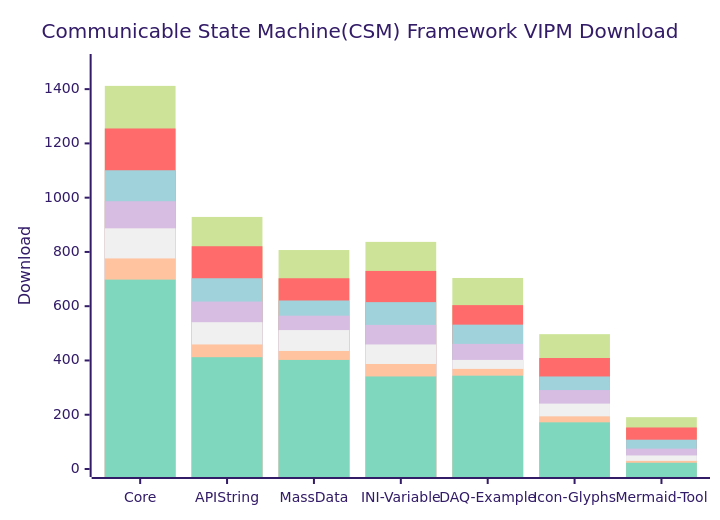
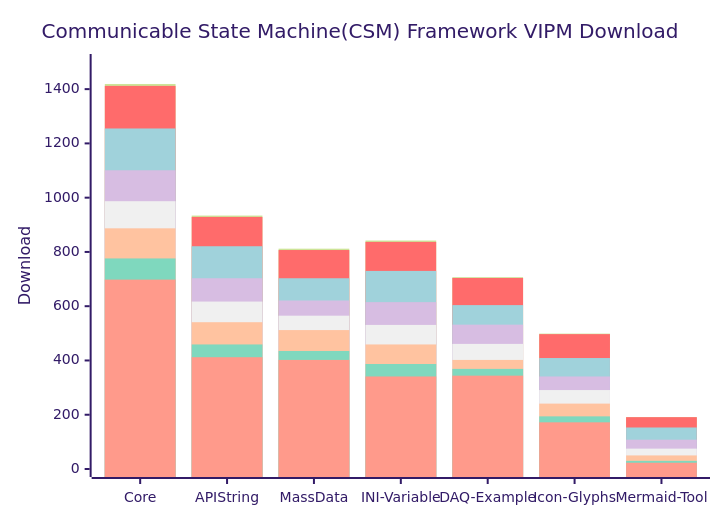
One commit to NEVSTOP-LAB/.github changed the diagram in profile/README.md. Above: the diagram before and after it, drawn with Mermaid (forest theme).

````diff
--- a/profile/README.md
+++ b/profile/README.md
@@ -31,13 +31,14 @@
 ```mermaid
     xychart-beta
     title "Communicable State Machine(CSM) Framework VIPM Download"
     x-axis [Core, API String, MassData, INI-Variable, DAQ-Example, Icon-Glyphs, Mermaid-Tool]
     y-axis "Download" 0 --> 1500
+    bar   [1419, 934, 812, 842, 707, 499, 191]
     bar   [1412, 929, 807, 837, 704, 497, 191]
     bar   [1255, 821, 703, 730, 604, 409, 153]
     bar   [1101, 703, 621, 615, 532, 341, 108]
     bar   [987, 617, 565, 531, 461, 291, 75]
     bar   [887, 541, 512, 459, 402, 241, 50]
     bar   [776, 459, 435, 387, 369, 194, 30]
     bar   [698, 412, 402, 341, 344, 172, 23]
 ```
````
